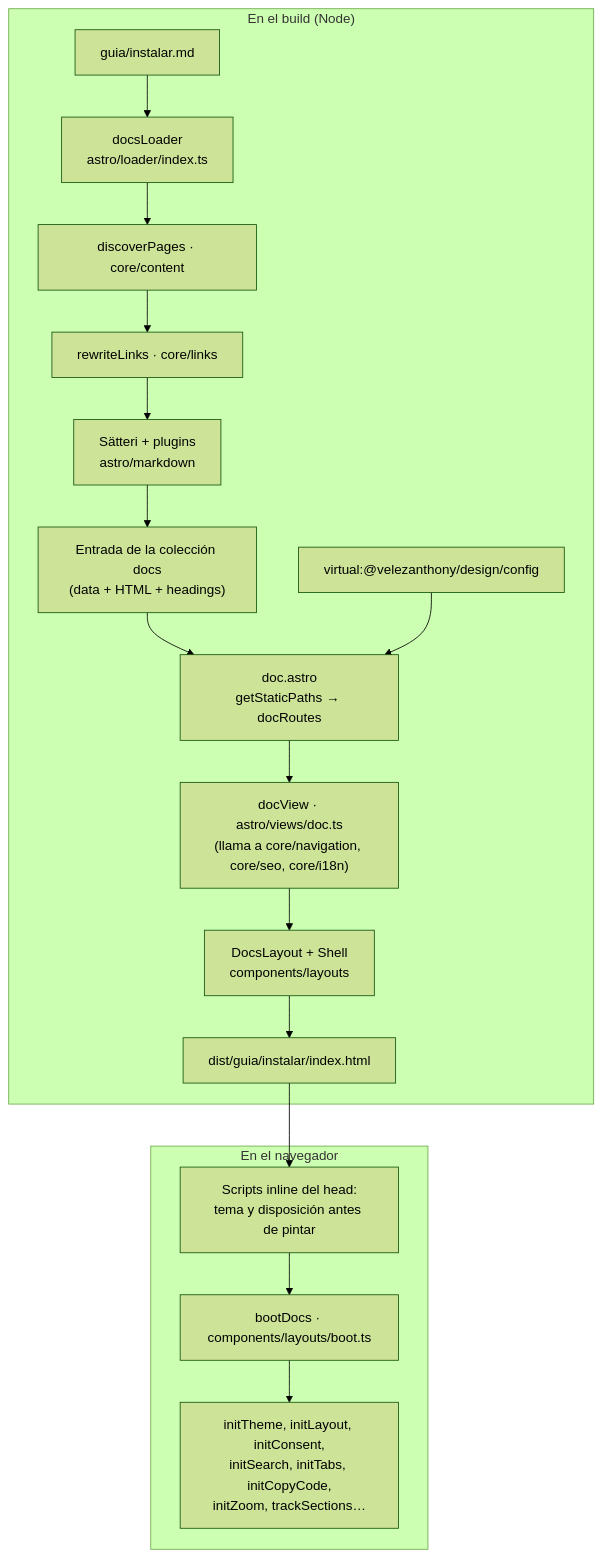
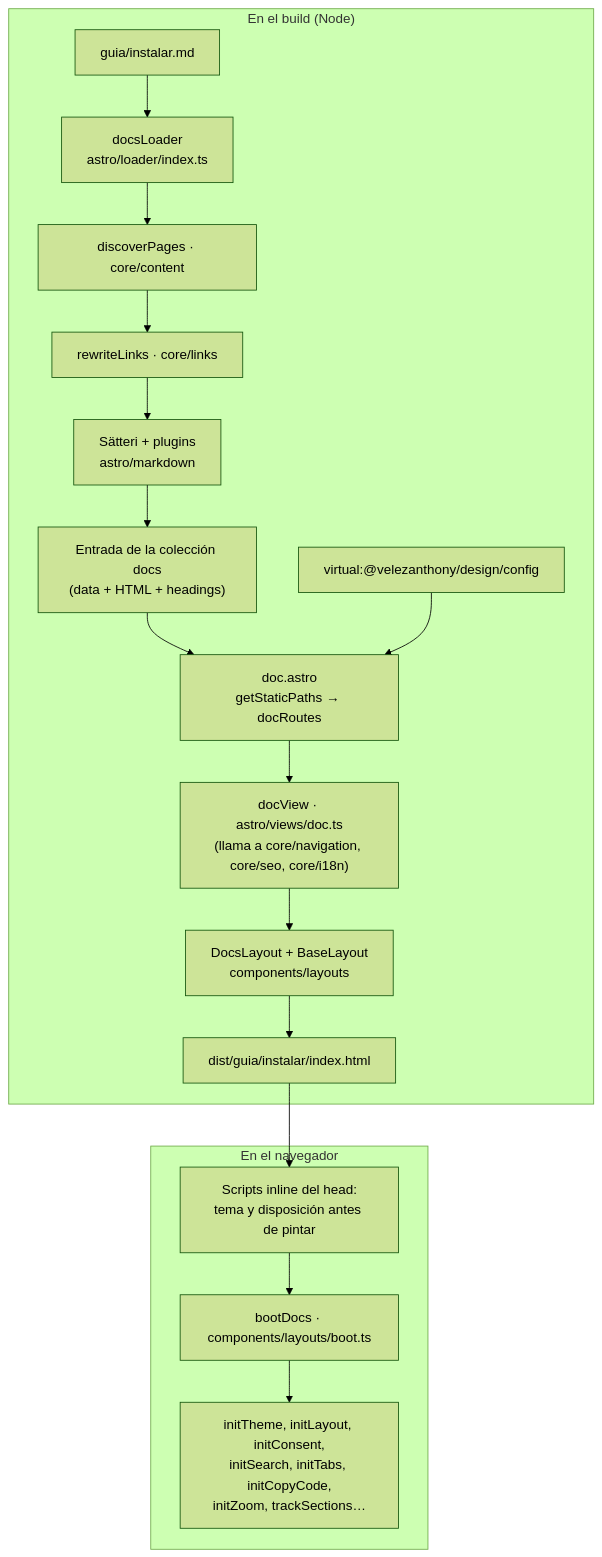
One commit to velezanthony/design changed the first of 2 diagrams in docs/src/content/docs/arquitectura/una-pagina.md. Above: the diagram before and after it, drawn with Mermaid (forest theme). The commit also changed other lines of this file and 10 other files, not shown here.

First line of the commit message:
refactor(layouts)!: BaseLayout replaces Shell and imposes no body layout

````diff
--- a/docs/src/content/docs/arquitectura/una-pagina.md
+++ b/docs/src/content/docs/arquitectura/una-pagina.md
@@ -13,20 +13,20 @@
 ```mermaid
 flowchart TD
   subgraph build["En el build (Node)"]
     f["guia/instalar.md"] --> ld["docsLoader<br/>astro/loader/index.ts"]
     ld --> disc["discoverPages · core/content"]
     disc --> rw["rewriteLinks · core/links"]
     rw --> md["Sätteri + plugins<br/>astro/markdown"]
     md --> store["Entrada de la colección docs<br/>(data + HTML + headings)"]
     store --> doc["doc.astro<br/>getStaticPaths → docRoutes"]
     vm["virtual:@velezanthony/design/config"] --> doc
     doc --> view["docView · astro/views/doc.ts<br/>(llama a core/navigation, core/seo, core/i18n)"]
-    view --> lay["DocsLayout + Shell<br/>components/layouts"]
+    view --> lay["DocsLayout + BaseLayout<br/>components/layouts"]
     lay --> html["dist/guia/instalar/index.html"]
   end
   subgraph browser["En el navegador"]
     html --> pre["Scripts inline del head:<br/>tema y disposición antes de pintar"]
     pre --> boot["bootDocs · components/layouts/boot.ts"]
     boot --> inits["initTheme, initLayout, initConsent,<br/>initSearch, initTabs, initCopyCode,<br/>initZoom, trackSections…"]
   end
 ```
````
